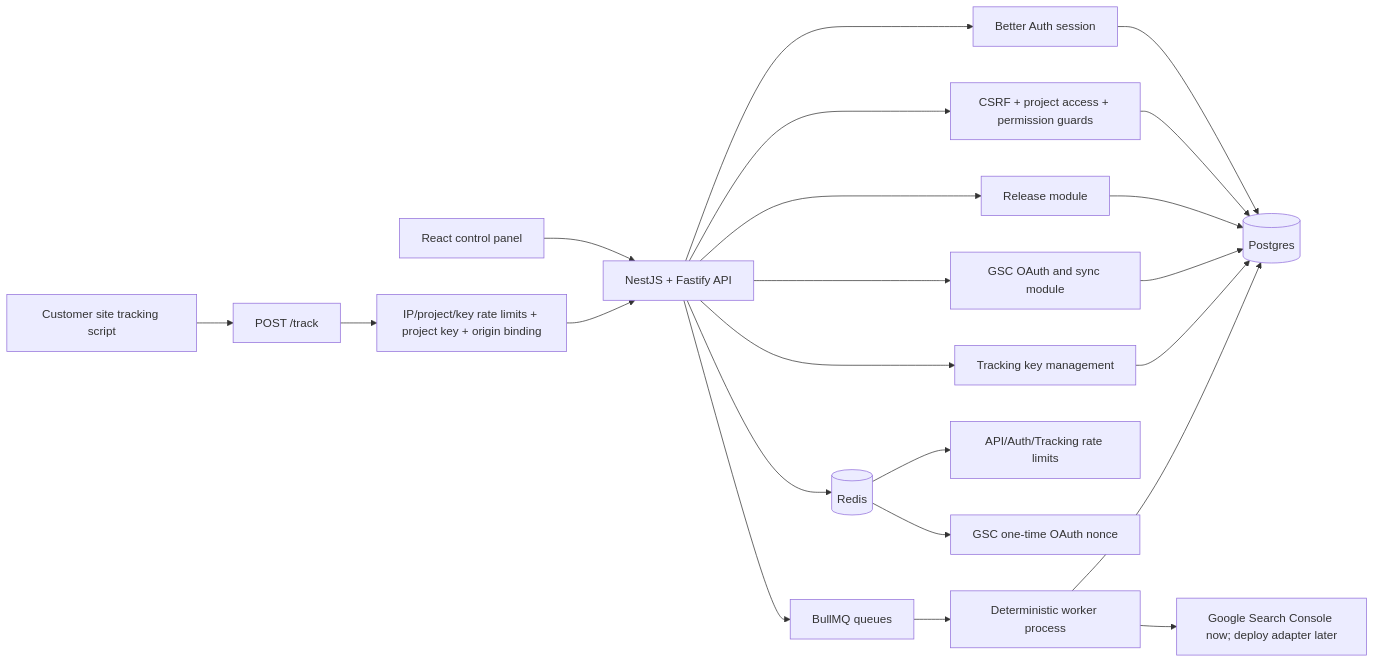
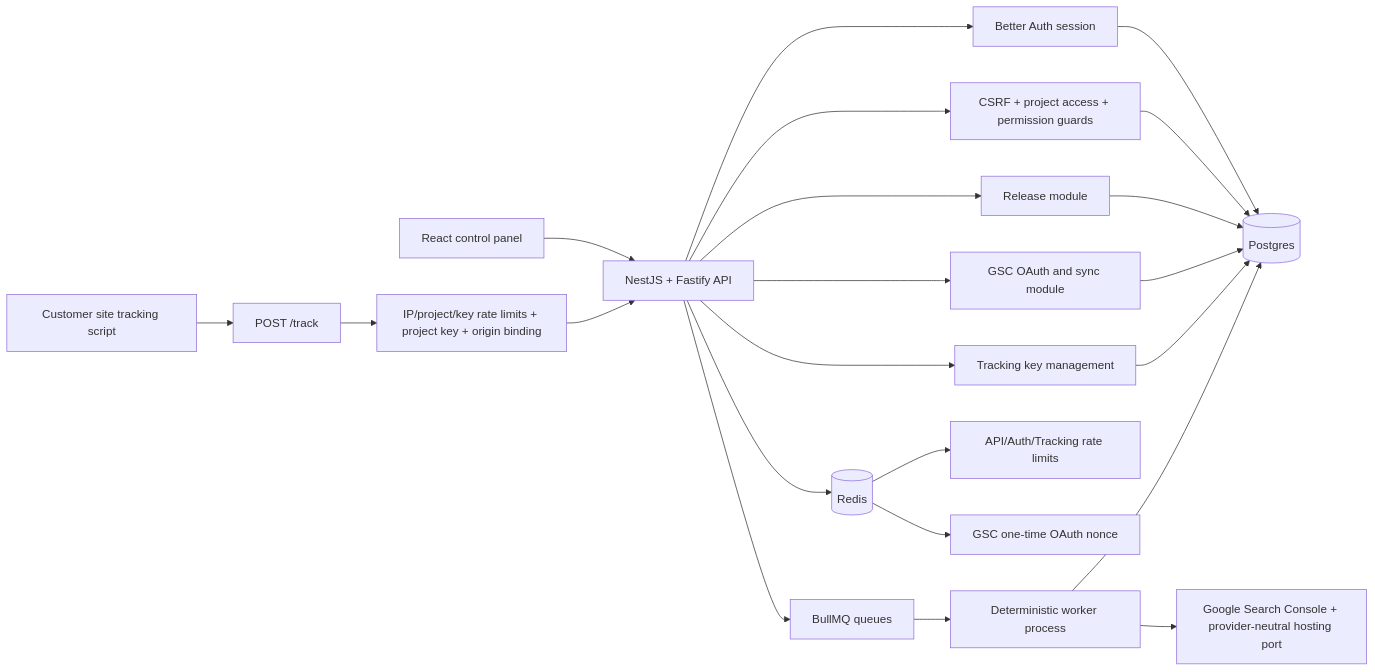
The first of 3 diagrams in docs/architecture/backend-foundation-status.md (mayett515/Seo_automatisation), drawn with Mermaid before and after one commit. The commit also changed other lines of this file and 11 other files, not shown here.

Commit message:
Implement deploy reconciler worker

````diff
--- a/docs/architecture/backend-foundation-status.md
+++ b/docs/architecture/backend-foundation-status.md
@@ -9,29 +9,29 @@
 ```mermaid
 flowchart LR
   Web[React control panel] --> Api[NestJS + Fastify API]
   PublicSite[Customer site tracking script] --> Track[POST /track]
 
   Track --> TrackingGuard[IP/project/key rate limits + project key + origin binding]
   TrackingGuard --> Api
 
   Api --> Auth[Better Auth session]
   Api --> Guards[CSRF + project access + permission guards]
   Api --> Release[Release module]
   Api --> GSC[GSC OAuth and sync module]
   Api --> TrackingKeys[Tracking key management]
 
   Auth --> Postgres[(Postgres)]
   Guards --> Postgres
   Release --> Postgres
   GSC --> Postgres
   TrackingKeys --> Postgres
 
   Api --> Redis[(Redis)]
   Redis --> RateLimits[API/Auth/Tracking rate limits]
   Redis --> OAuthNonce[GSC one-time OAuth nonce]
 
   Api --> Queues[BullMQ queues]
   Queues --> Worker[Deterministic worker process]
   Worker --> Postgres
-  Worker --> External[Google Search Console now; deploy adapter later]
+  Worker --> External[Google Search Console + provider-neutral hosting port]
 ```
````
